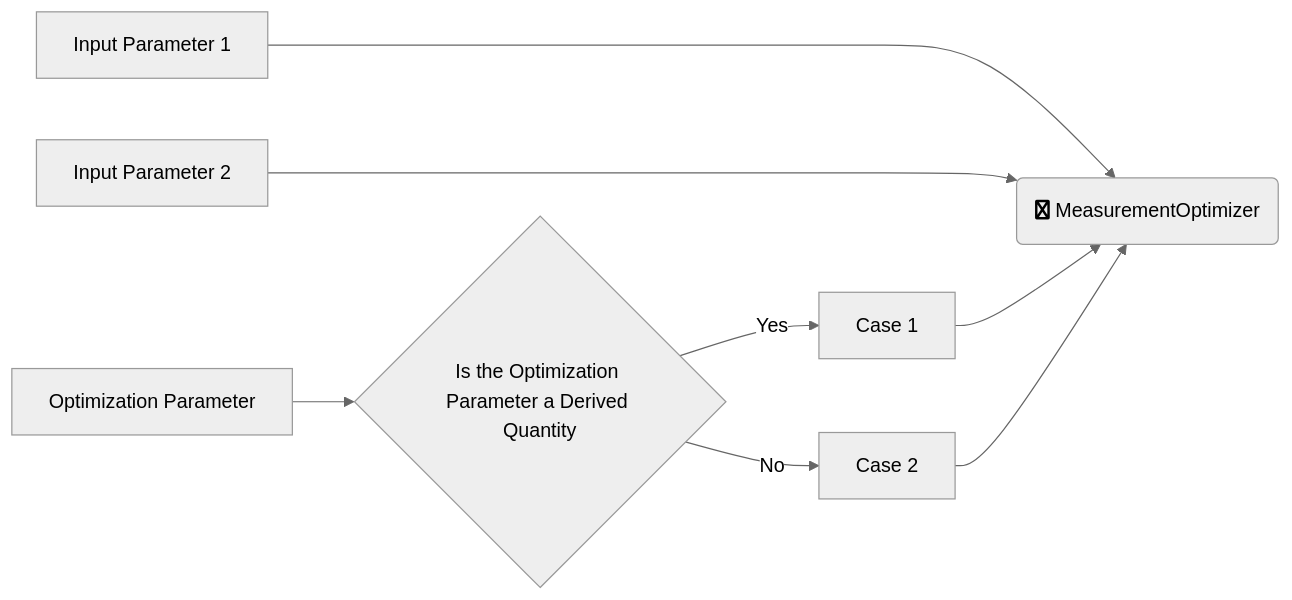
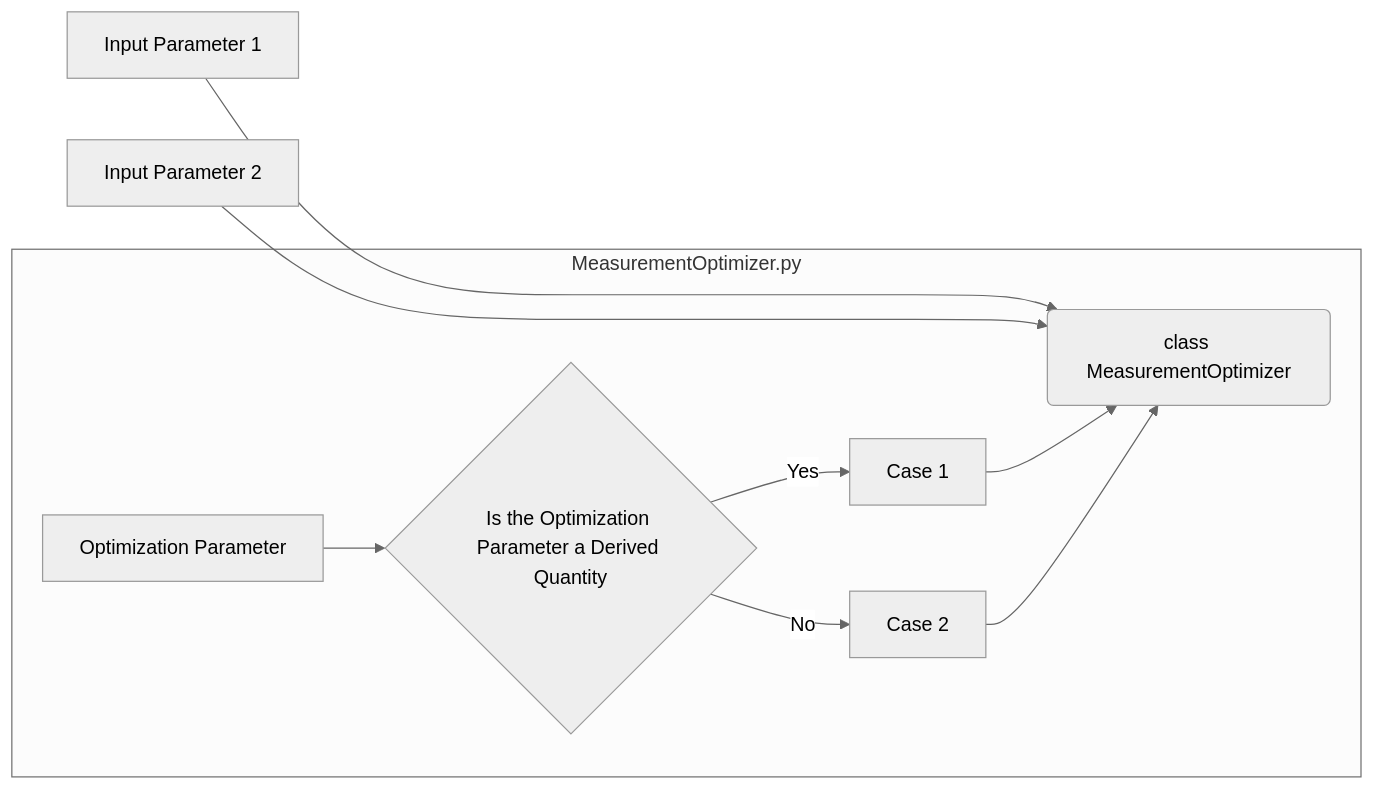
One commit to shanto268/two_parameter_optimization_labber_qic changed the diagram in README.md. Above: the diagram before and after it, drawn with Mermaid (neutral theme).

Commit message:
readme icon 2

````diff
--- a/README.md
+++ b/README.md
@@ -8,11 +8,13 @@
 ```mermaid
 graph LR
-  B("fa:fa-python MeasurementOptimizer");
+  B("class MeasurementOptimizer");
   A[Input Parameter 1] ----> B;
   C[Input Parameter 2] ----> B;
+  subgraph "MeasurementOptimizer.py"
   D[Optimization Parameter] --> E{Is the Optimization Parameter a Derived Quantity};
   E -->|Yes| F[Case 1];
   E -->|No| G[Case 2];
   F --> B;
   G --> B;
+  end
 ```
````
